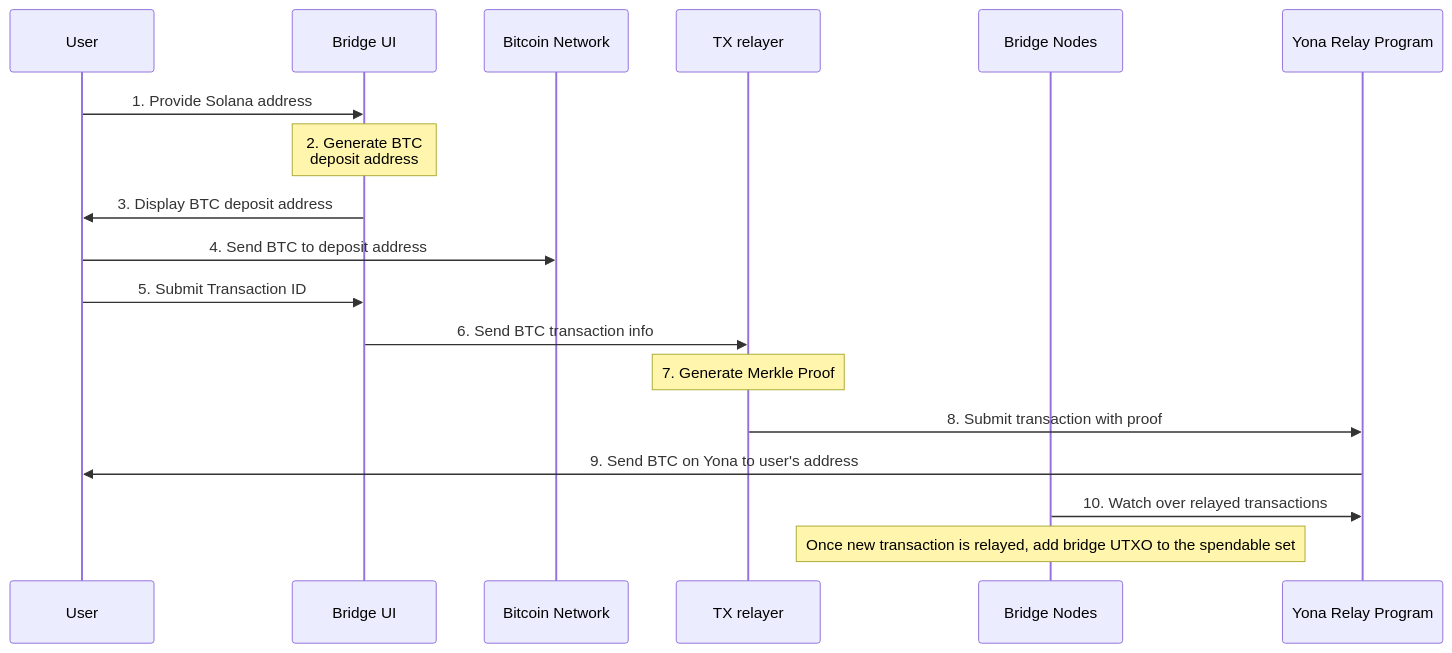
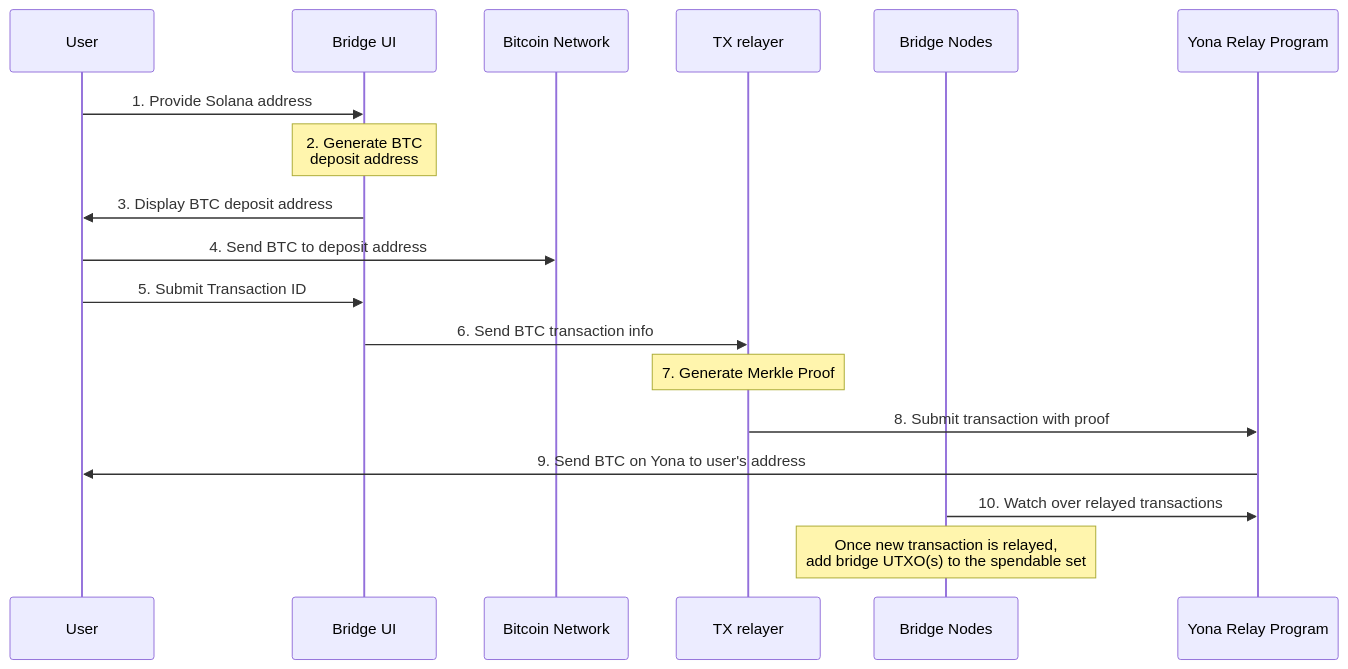
Before and after one commit to Yona-Labs/bitcoin-svm-bridge: the diagram in docs/diagrams/bridge_deposit.md, drawn with Mermaid.

Commit message:
Update bridge deposit sequence diagram.

````diff
--- a/docs/diagrams/bridge_deposit.md
+++ b/docs/diagrams/bridge_deposit.md
@@ -1,20 +1,20 @@
 ```mermaid
 sequenceDiagram
     participant User
     participant Bridge UI
     participant Bitcoin Network
     participant TX relayer
     participant Bridge Nodes
     participant Yona Relay Program
     User ->> Bridge UI: 1. Provide Solana address
     Note over Bridge UI: 2. Generate BTC<br/>deposit address
     Bridge UI ->> User: 3. Display BTC deposit address
     User ->> Bitcoin Network: 4. Send BTC to deposit address
     User ->> Bridge UI: 5. Submit Transaction ID
     Bridge UI ->> TX relayer: 6. Send BTC transaction info
     Note over TX relayer: 7. Generate Merkle Proof
     TX relayer ->> Yona Relay Program: 8. Submit transaction with proof
     Yona Relay Program ->> User: 9. Send BTC on Yona to user's address
     Bridge Nodes ->> Yona Relay Program: 10. Watch over relayed transactions
-    Note over Bridge Nodes: Once new transaction is relayed, add bridge UTXO to the spendable set
+    Note over Bridge Nodes: Once new transaction is relayed,<br> add bridge UTXO(s) to the spendable set
 ```
````
